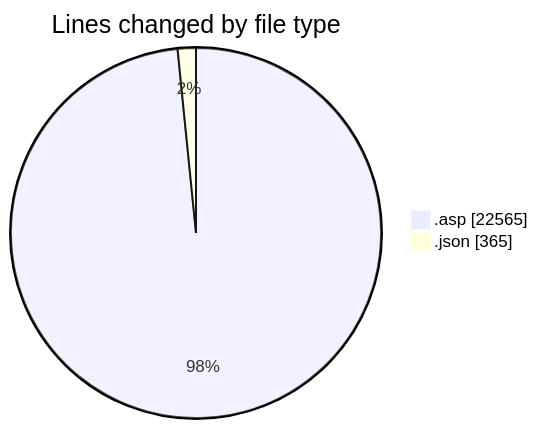
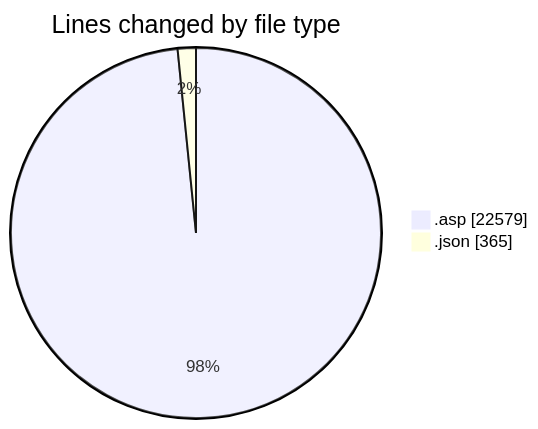
The first of 2 diagrams in 2025-11-01/cdp_aleoudev_fr__workspace_/README.md (julien-gomy/code-tracking), drawn with Mermaid before and after one commit. The commit also changed other lines of this file and 1 other file, not shown here.

````diff
--- a/2025-11-01/cdp_aleoudev_fr__workspace_/README.md
+++ b/2025-11-01/cdp_aleoudev_fr__workspace_/README.md
@@ -29,6 +29,6 @@
 ```mermaid
 pie showData
 title Lines changed by file type
-".asp" : 22565
+".asp" : 22579
 ".json" : 365
 ```
````
